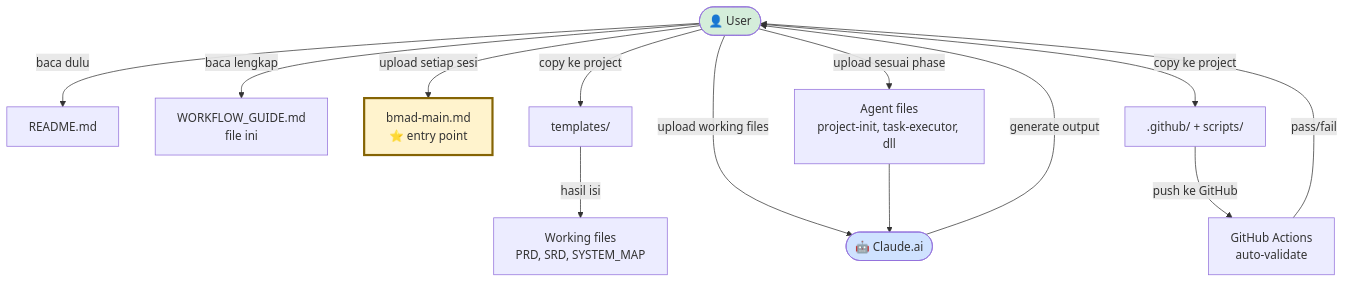
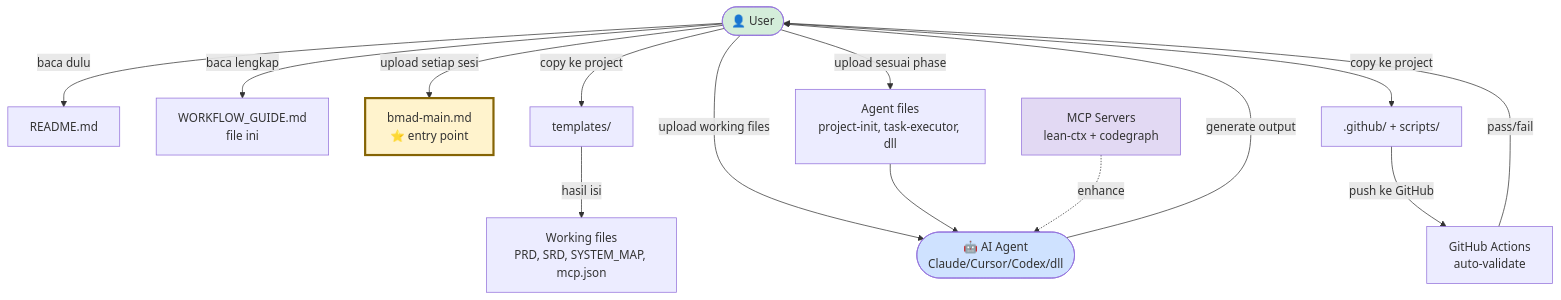
One commit to slamsmart/BMAD-Workflow-V.1.0 changed the fourth of 12 diagrams in WORKFLOW_GUIDE.md. Above: the diagram before and after it, drawn with Mermaid. The commit also changed other lines of this file and 2 other files, not shown here.

````diff
--- a/WORKFLOW_GUIDE.md
+++ b/WORKFLOW_GUIDE.md
@@ -124,26 +149,29 @@
 ```mermaid
 graph TD
     USER([👤 User])
-    AI([🤖 Claude.ai])
+    AI([🤖 AI Agent<br/>Claude/Cursor/Codex/dll])
 
     USER -->|baca dulu| README[README.md]
     USER -->|baca lengkap| GUIDE[WORKFLOW_GUIDE.md<br/>file ini]
 
     USER -->|upload setiap sesi| MAIN[bmad-main.md<br/>⭐ entry point]
     USER -->|copy ke project| TPL[templates/]
-    TPL -->|hasil isi| WORK[Working files<br/>PRD, SRD, SYSTEM_MAP]
+    TPL -->|hasil isi| WORK[Working files<br/>PRD, SRD, SYSTEM_MAP, mcp.json]
     USER -->|upload working files| AI
 
     USER -->|upload sesuai phase| AGENTS[Agent files<br/>project-init, task-executor, dll]
     AGENTS --> AI
 
     USER -->|copy ke project| CI[.github/ + scripts/]
     CI -->|push ke GitHub| GH[GitHub Actions<br/>auto-validate]
 
+    MCP[MCP Servers<br/>lean-ctx + codegraph] -.->|enhance| AI
+
     AI -->|generate output| USER
     GH -->|pass/fail| USER
 
     style MAIN fill:#fff3cd,stroke:#856404,stroke-width:3px
     style AI fill:#cfe2ff
     style USER fill:#d4edda
+    style MCP fill:#e2d9f3
 ```
````
